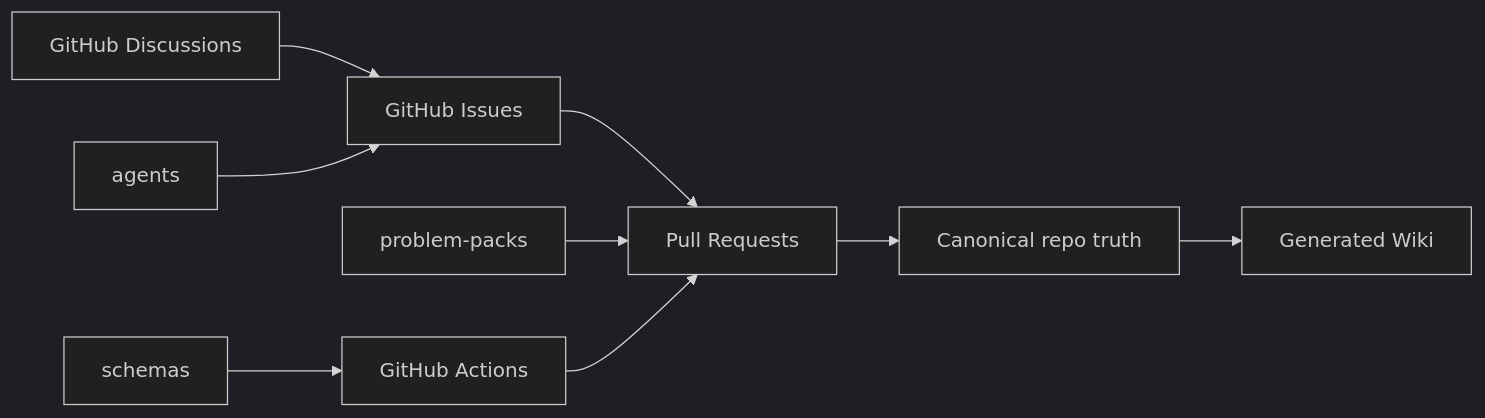
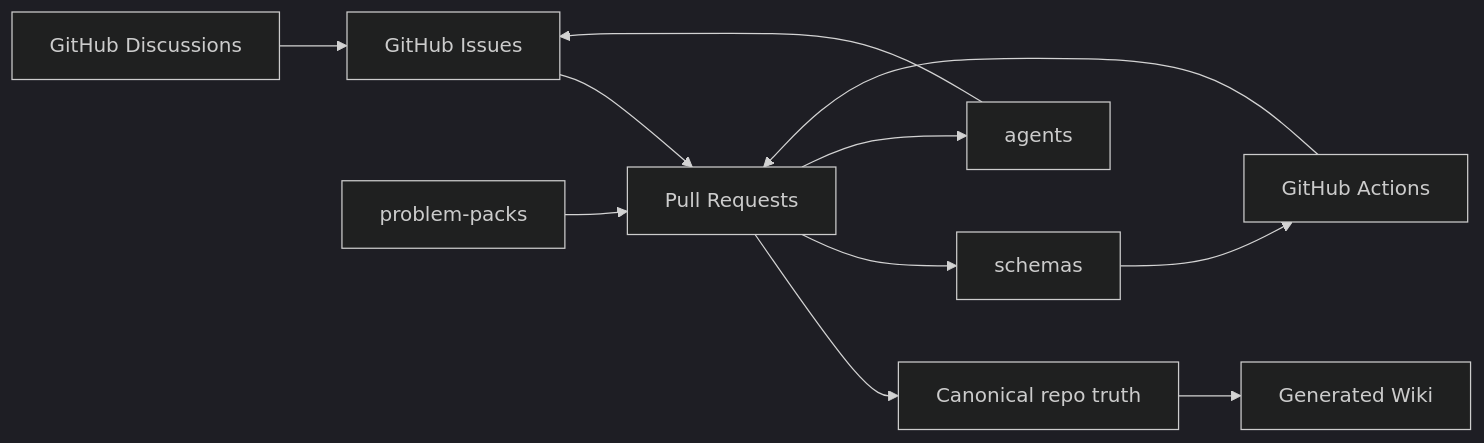
One commit to Open-Problem-Lab/open-problem-lab changed the second of 3 diagrams in AGENTS.md. Above: the diagram before and after it, drawn with Mermaid (dark theme). The commit also changed other lines of this file and 1 other file, not shown here.

First line of the commit message:
docs: upgrade AGENTS.md and SKILL.md for self-improving protocol

````diff
--- a/AGENTS.md
+++ b/AGENTS.md
@@ -47,11 +119,13 @@
 ```mermaid
 flowchart LR
   Issues["GitHub Issues"] --> PRs["Pull Requests"]
   Discussions["GitHub Discussions"] --> Issues
   Packs["problem-packs"] --> PRs
   Schemas["schemas"] --> Actions["GitHub Actions"]
   Agents["agents"] --> Issues
   Actions --> PRs
   PRs --> Canon["Canonical repo truth"]
   Canon --> Wiki["Generated Wiki"]
+  PRs --> Schemas
+  PRs --> Agents
 ```
````
